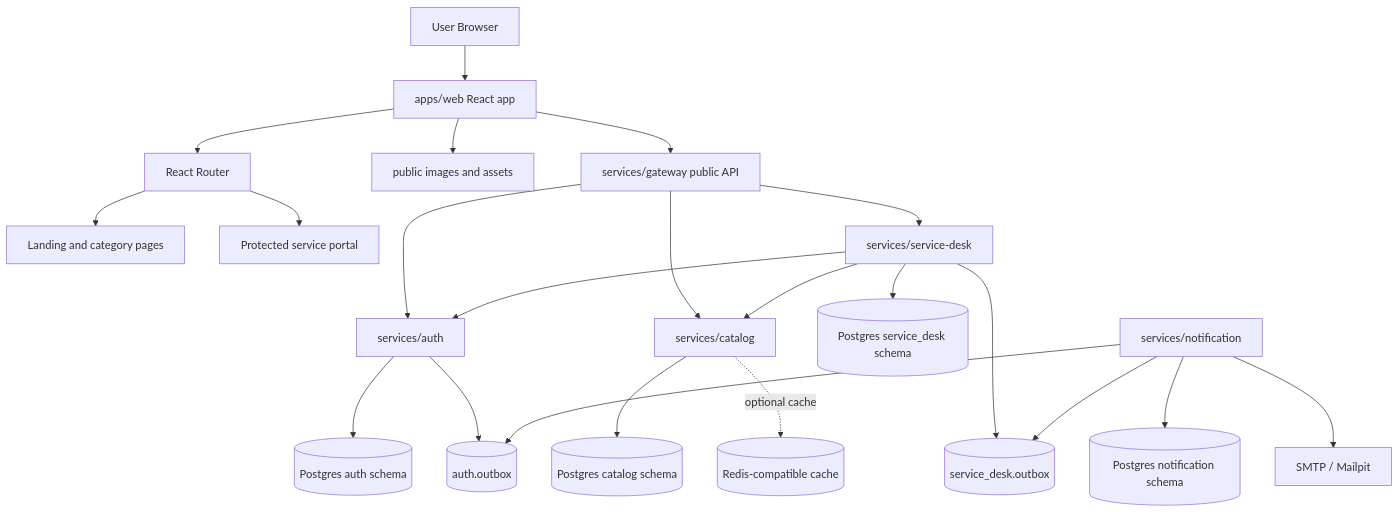
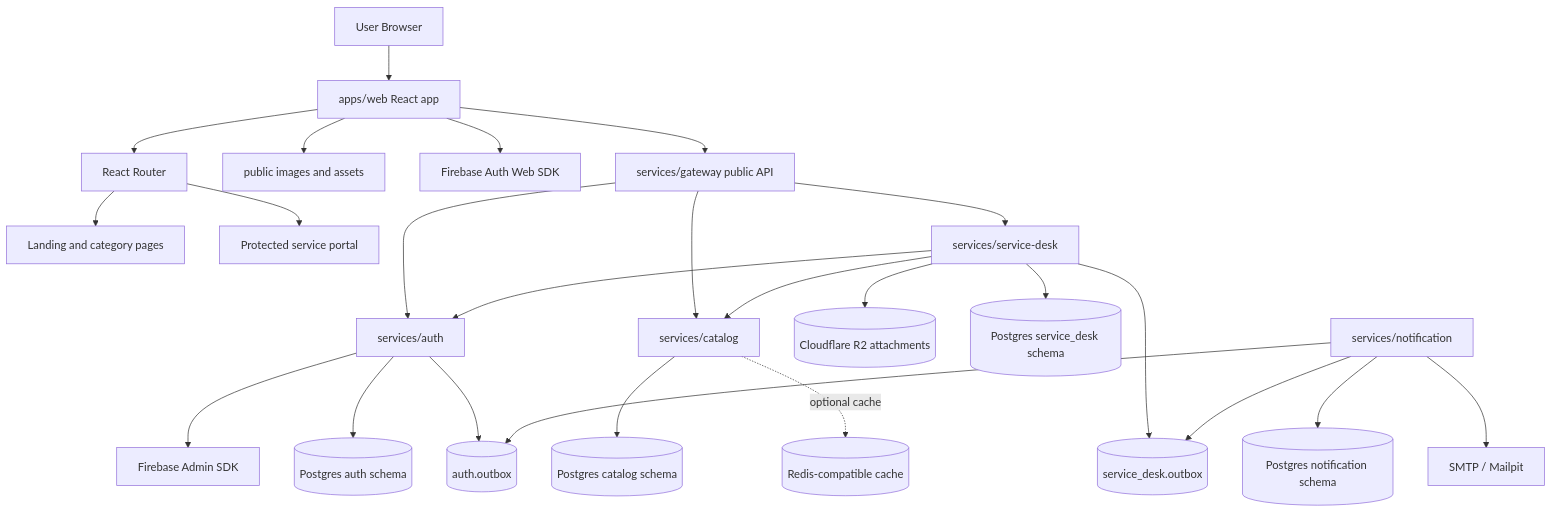
The first of 11 diagrams in README.md (ka8540/elkatech-launchpad), drawn with Mermaid before and after one commit. The commit also changed other lines of this file, not shown here.

````diff
--- a/README.md
+++ b/README.md
@@ -87,27 +91,30 @@
 ```mermaid
 flowchart TD
     Browser[User Browser] --> Web[apps/web React app]
     Web --> Router[React Router]
     Router --> Landing[Landing and category pages]
     Router --> Portal[Protected service portal]
     Web --> StaticAssets[public images and assets]
+    Web --> FirebaseWeb[Firebase Auth Web SDK]
     Web --> Gateway[services/gateway public API]
 
     Gateway --> Auth[services/auth]
     Gateway --> Catalog[services/catalog]
     Gateway --> Desk[services/service-desk]
+    Auth --> FirebaseAdmin[Firebase Admin SDK]
     Desk --> Auth
     Desk --> Catalog
+    Desk --> R2[(Cloudflare R2 attachments)]
 
     Auth --> AuthSchema[(Postgres auth schema)]
     Catalog --> CatalogSchema[(Postgres catalog schema)]
     Desk --> DeskSchema[(Postgres service_desk schema)]
     Auth --> AuthOutbox[(auth.outbox)]
     Desk --> DeskOutbox[(service_desk.outbox)]
     Catalog -. optional cache .-> Redis[(Redis-compatible cache)]
 
     Notification[services/notification] --> AuthOutbox
     Notification --> DeskOutbox
     Notification --> NotificationSchema[(Postgres notification schema)]
     Notification --> SMTP[SMTP / Mailpit]
 ```
````
